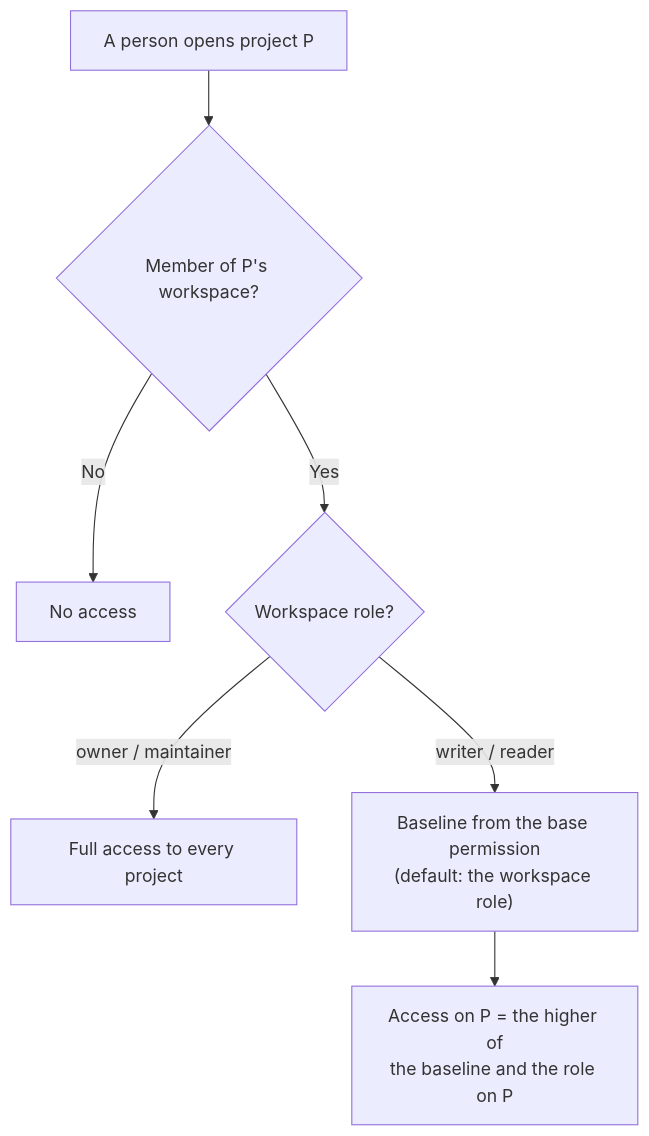
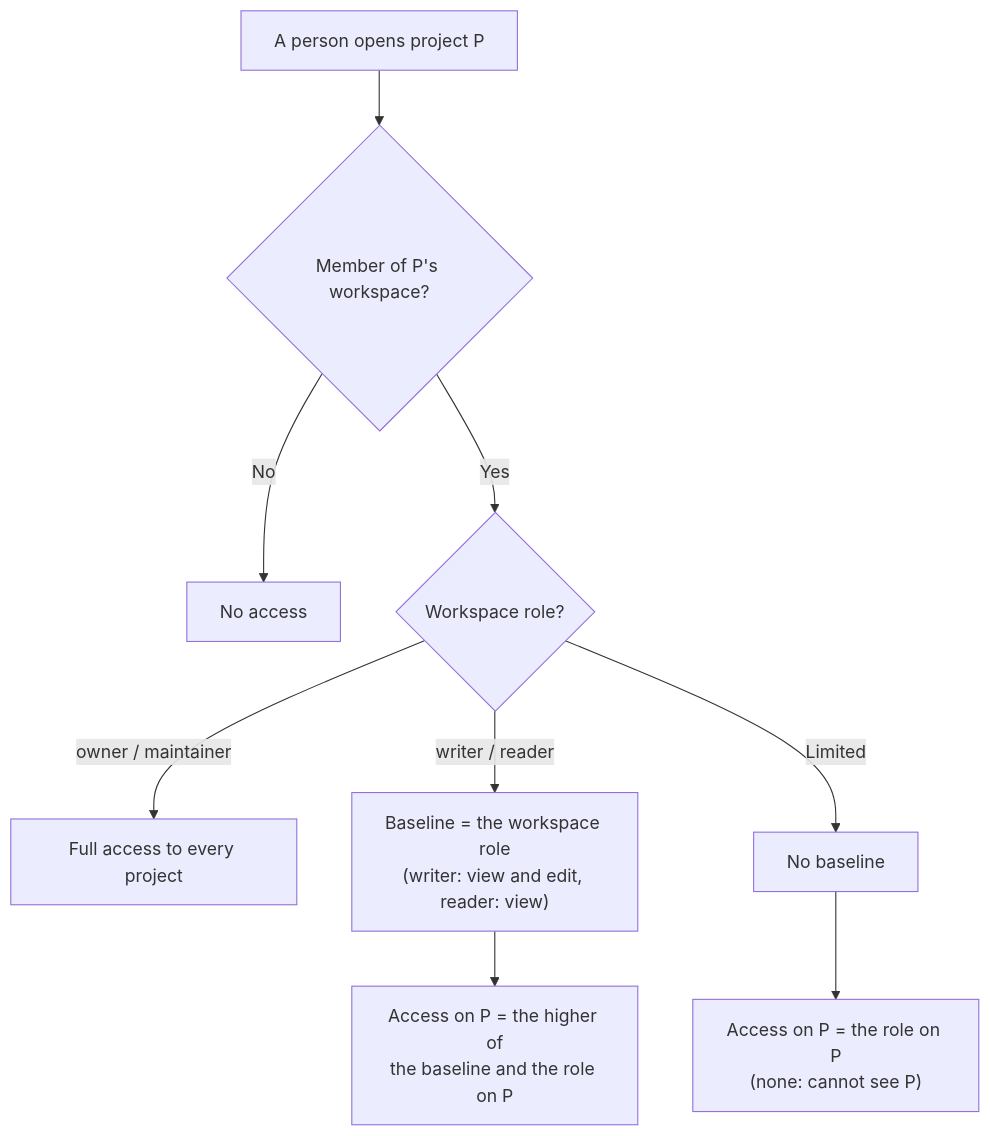
One commit to reearth/reearth-accounts changed the fifth of 6 diagrams in server/docs/usecase/resource-role-binding.md. Above: the diagram before and after it, drawn with Mermaid. The commit also changed other lines of this file and 1 other file, not shown here.

First line of the commit message:
docs(server): drop the workspace base permission and add a Limited workspace role

````diff
--- a/server/docs/usecase/resource-role-binding.md
+++ b/server/docs/usecase/resource-role-binding.md
@@ -1376,9 +1458,11 @@
 ```mermaid
 flowchart TD
     U["A person opens project P"] --> M{"Member of P's workspace?"}
     M -- "No" --> X["No access"]
     M -- "Yes" --> R{"Workspace role?"}
     R -- "owner / maintainer" --> F["Full access to every project"]
-    R -- "writer / reader" --> B["Baseline from the base permission<br/>(default: the workspace role)"]
+    R -- "writer / reader" --> B["Baseline = the workspace role<br/>(writer: view and edit, reader: view)"]
+    R -- "Limited" --> L["No baseline"]
     B --> E["Access on P = the higher of<br/>the baseline and the role on P"]
+    L --> E2["Access on P = the role on P<br/>(none: cannot see P)"]
 ```
````
